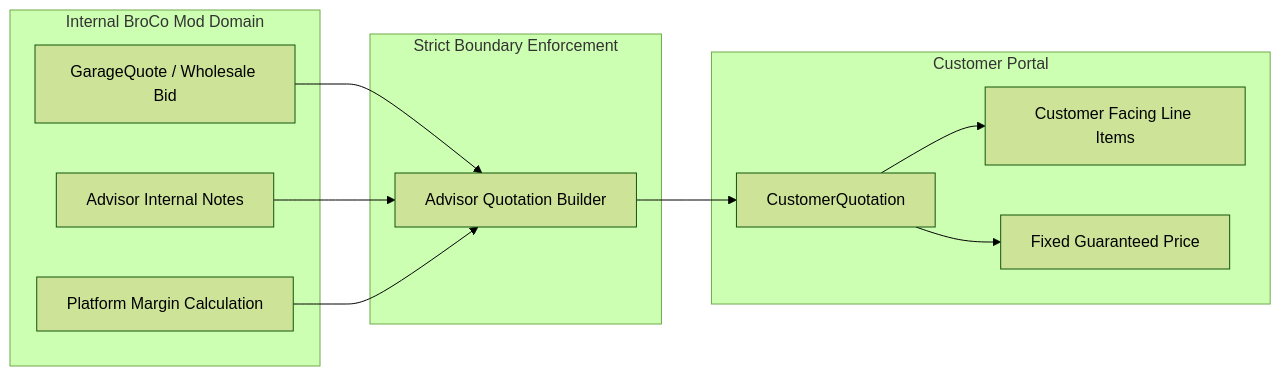
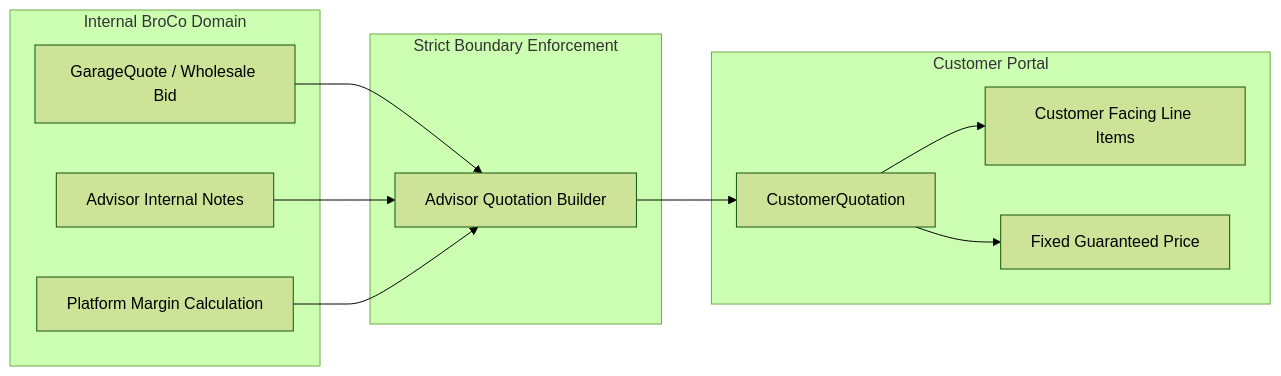
One commit to vinayvinnu1336-afk/broco-mod changed the first of 2 diagrams in docs/architecture/customer-quotation.md. Above: the diagram before and after it, drawn with Mermaid (forest theme). The commit also changed 46 other files, not shown here.

First line of the commit message:
rebrand: BroCo Mod -> BroCo in UI, docs and API metadata

````diff
--- a/docs/architecture/customer-quotation.md
+++ b/docs/architecture/customer-quotation.md
@@ -6,22 +6,22 @@
 ```mermaid
 flowchart LR
-    subgraph Internal_Domain [Internal BroCo Mod Domain]
+    subgraph Internal_Domain [Internal BroCo Domain]
         GQ[GarageQuote / Wholesale Bid]
         AN[Advisor Internal Notes]
         Markup[Platform Margin Calculation]
     end
 
     subgraph Boundary [Strict Boundary Enforcement]
         Trans[Advisor Quotation Builder]
     end
 
     subgraph Customer_Domain [Customer Portal]
         CQ[CustomerQuotation]
         CLI[Customer Facing Line Items]
         Total[Fixed Guaranteed Price]
     end
 
     GQ & AN & Markup --> Trans
     Trans --> CQ
     CQ --> CLI & Total
 ```
````
